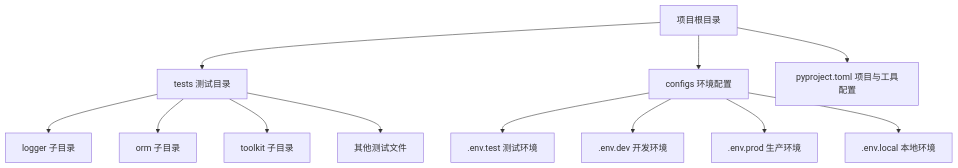
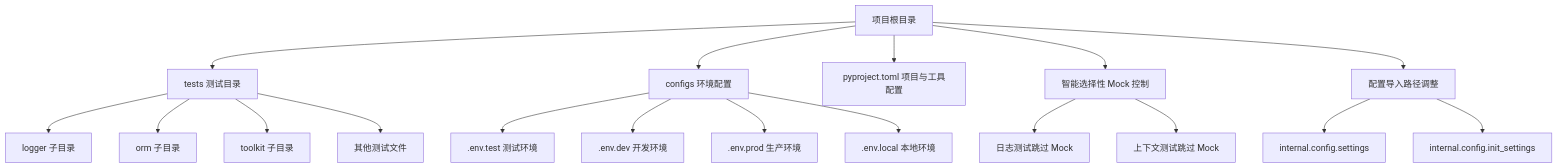
One commit to lilinzezzzzzz/fastapi-backend changed the first of 4 diagrams in .qoder/repowiki/zh/content/测试策略/测试配置.md. Above: the diagram before and after it, drawn with Mermaid. The commit also changed other lines of this file and 42 other files, not shown here.

````diff
--- a/.qoder/repowiki/zh/content/测试策略/测试配置.md
+++ b/.qoder/repowiki/zh/content/测试策略/测试配置.md
@@ -46,14 +60,20 @@
 ```mermaid
 graph TB
 A["项目根目录"] --> B["tests 测试目录"]
 B --> B1["logger 子目录"]
 B --> B2["orm 子目录"]
 B --> B3["toolkit 子目录"]
 B --> B4["其他测试文件"]
 A --> C["configs 环境配置"]
 C --> C1[".env.test 测试环境"]
 C --> C2[".env.dev 开发环境"]
 C --> C3[".env.prod 生产环境"]
 C --> C4[".env.local 本地环境"]
 A --> D["pyproject.toml 项目与工具配置"]
+A --> E["智能选择性 Mock 控制"]
+E --> E1["日志测试跳过 Mock"]
+E --> E2["上下文测试跳过 Mock"]
+A --> F["配置导入路径调整"]
+F --> F1["internal.config.settings"]
+F --> F2["internal.config.init_settings"]
 ```
````
